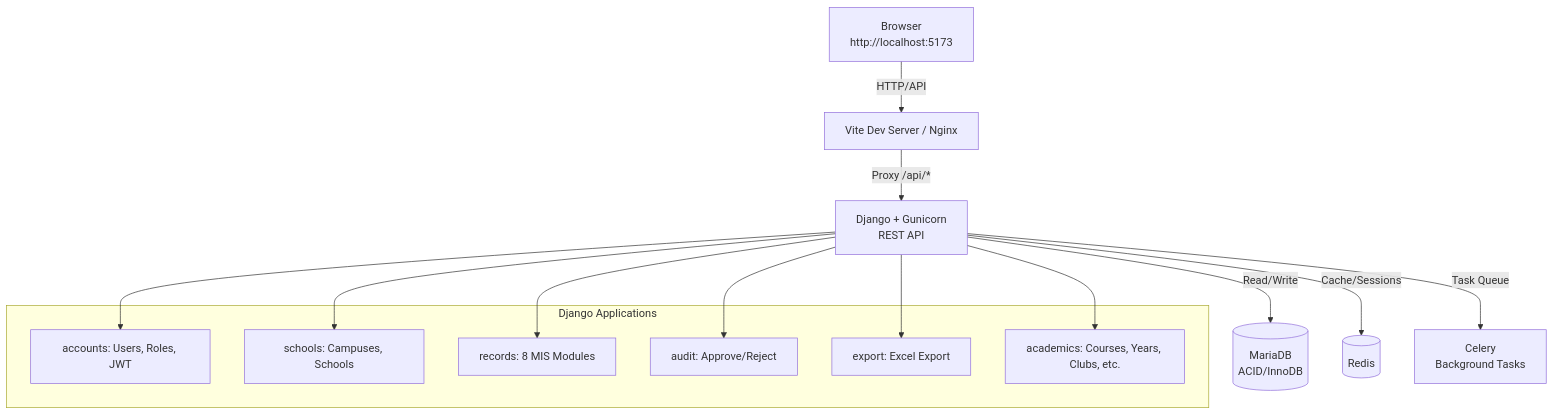
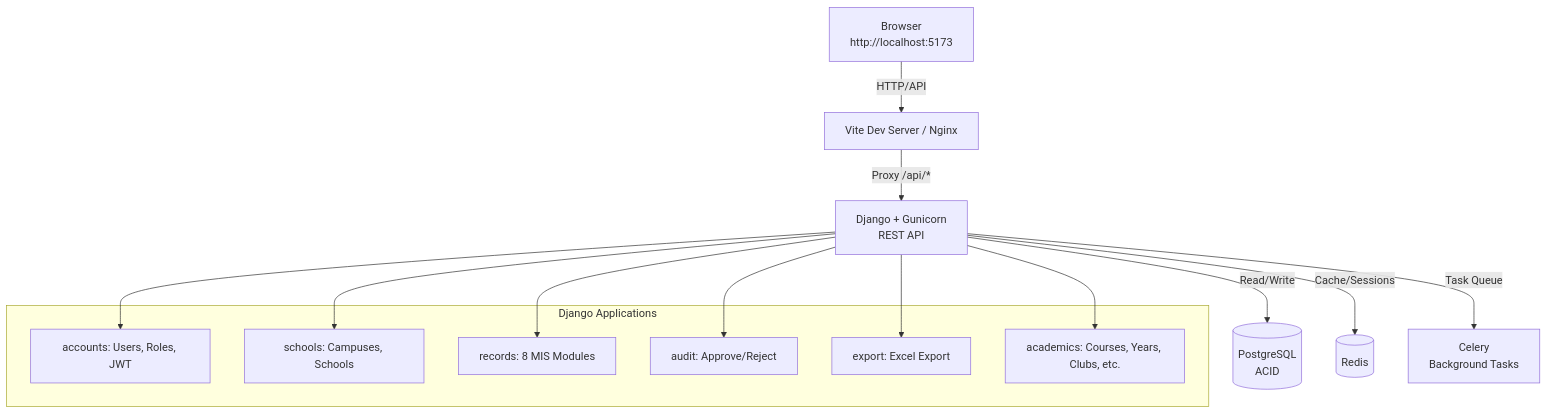
Before and after one commit to aarushchaudhary/nmpralekh: the first of 6 diagrams in README.md, drawn with Mermaid. The commit also changed other lines of this file and 18 other files, not shown here.

Commit message:
Migrated to PostgreSQL

````diff
--- a/README.md
+++ b/README.md
@@ -25,25 +25,25 @@
 ```mermaid
 graph TD
     A[Browser<br>http://localhost:5173] -->|HTTP/API| B[Vite Dev Server / Nginx]
     B -->|Proxy /api/*| C[Django + Gunicorn<br>REST API]
     
     subgraph Django Applications
         D1[accounts: Users, Roles, JWT]
         D2[schools: Campuses, Schools]
         D3[records: 8 MIS Modules]
         D4[audit: Approve/Reject]
         D5[export: Excel Export]
         D6[academics: Courses, Years, Clubs, etc.]
     end
     
     C --> D1
     C --> D2
     C --> D3
     C --> D4
     C --> D5
     C --> D6
     
-    C -->|Read/Write| DB[(MariaDB<br>ACID/InnoDB)]
+    C -->|Read/Write| DB[(PostgreSQL<br>ACID)]
     C -->|Cache/Sessions| Cache[(Redis)]
     C -->|Task Queue| Worker[Celery<br>Background Tasks]
 ```
````
